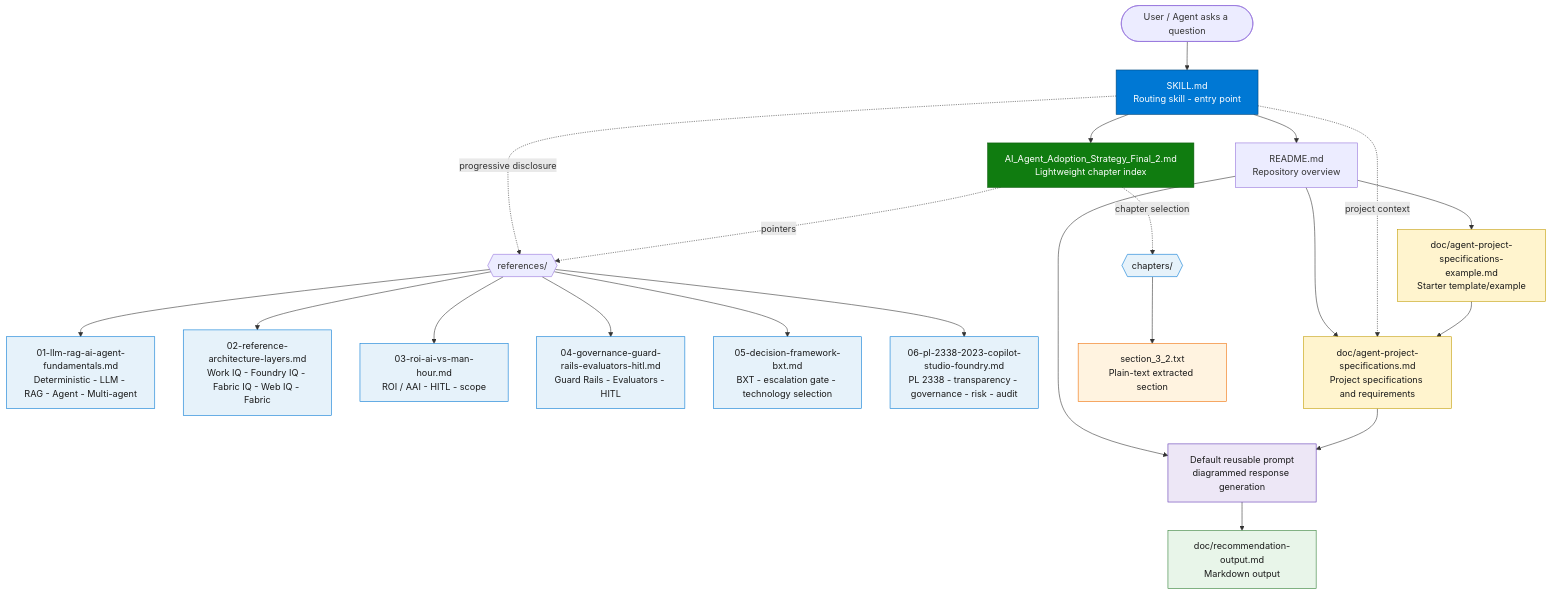
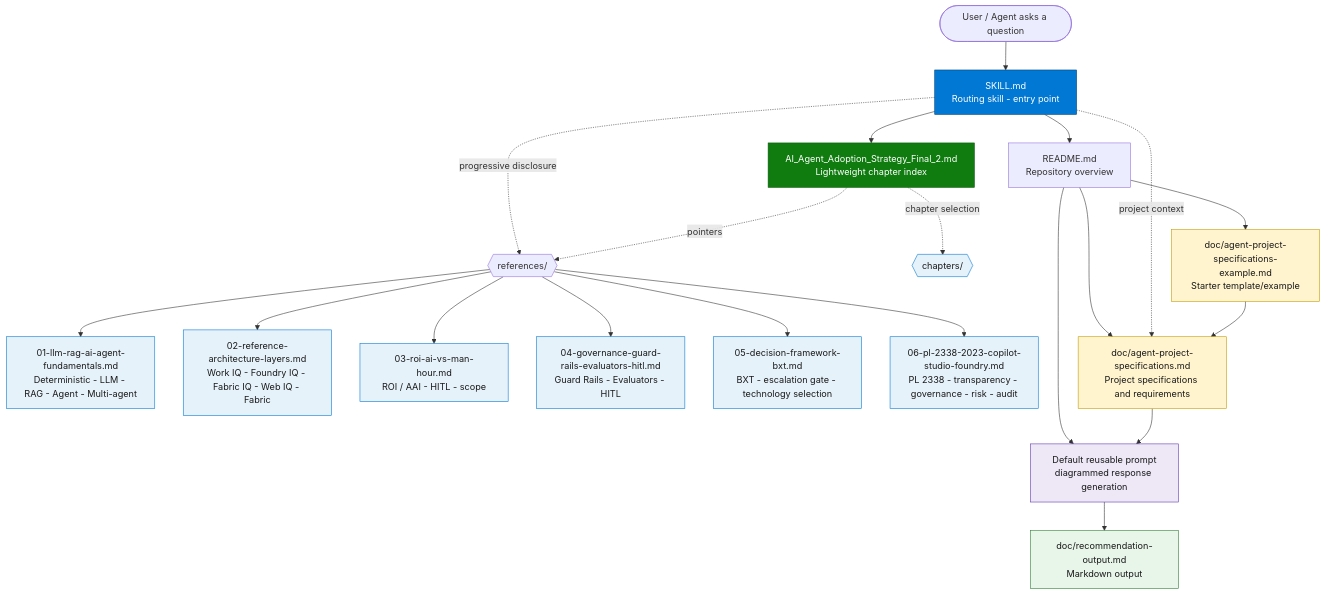
One commit to fabioharams/hubsp-ai-skill changed the second of 3 diagrams in README.md. Above: the diagram before and after it, drawn with Mermaid. The commit also changed other lines of this file and 1 other file, not shown here.

Commit message:
removing unused files

````diff
--- a/README.md
+++ b/README.md
@@ -76,41 +75,38 @@
 ```mermaid
 graph TD
     USER([User / Agent asks a question]) --> SKILL[SKILL.md<br/>Routing skill - entry point]
    SKILL --> CANON[AI_Agent_Adoption_Strategy_Final_2.md<br/>Lightweight chapter index]
 
     SKILL -. progressive disclosure .-> REF{{references/}}
     CANON -. pointers .-> REF
    CANON -. chapter selection .-> CHAPTERS{{chapters/}}
 
       REF --> R1[01-llm-rag-ai-agent-fundamentals.md<br/>Deterministic - LLM - RAG - Agent - Multi-agent]
       REF --> R2[02-reference-architecture-layers.md<br/>Work IQ - Foundry IQ - Fabric IQ - Web IQ - Fabric]
       REF --> R3[03-roi-ai-vs-man-hour.md<br/>ROI / AAI - HITL - scope]
       REF --> R4[04-governance-guard-rails-evaluators-hitl.md<br/>Guard Rails - Evaluators - HITL]
       REF --> R5[05-decision-framework-bxt.md<br/>BXT - escalation gate - technology selection]
       REF --> R6[06-pl-2338-2023-copilot-studio-foundry.md<br/>PL 2338 - transparency - governance - risk - audit]
 
     SKILL --> README[README.md<br/>Repository overview]
    README --> DOC[doc/agent-project-specifications.md<br/>Project specifications and requirements]
    README --> DOCEX[doc/agent-project-specifications-example.md<br/>Starter template/example]
    SKILL -. project context .-> DOC
    DOCEX --> DOC
    README --> PROMPT[Default reusable prompt<br/>diagrammed response generation]
    DOC --> PROMPT
    PROMPT --> OUTMD[doc/recommendation-output.md<br/>Markdown output]
-   CHAPTERS --> TXT[section_3_2.txt<br/>Plain-text extracted section]
 
     classDef entry fill:#0078D4,stroke:#004578,color:#fff;
     classDef canon fill:#107C10,stroke:#0B5A0B,color:#fff;
     classDef ref fill:#E6F2FA,stroke:#0078D4,color:#1a1a1a;
    classDef doc fill:#FFF4CE,stroke:#C19C00,color:#1a1a1a;
    classDef prompt fill:#EDE7F6,stroke:#5E35B1,color:#1a1a1a;
    classDef output fill:#E8F5E9,stroke:#2E7D32,color:#1a1a1a;
-   classDef artifact fill:#FFF3E0,stroke:#EF6C00,color:#1a1a1a;
     class SKILL entry;
     class CANON canon;
    class R1,R2,R3,R4,R5,R6,CHAPTERS ref;
    class DOC,DOCEX doc;
    class PROMPT prompt;
    class OUTMD output;
-   class TXT artifact;
 ```
````
